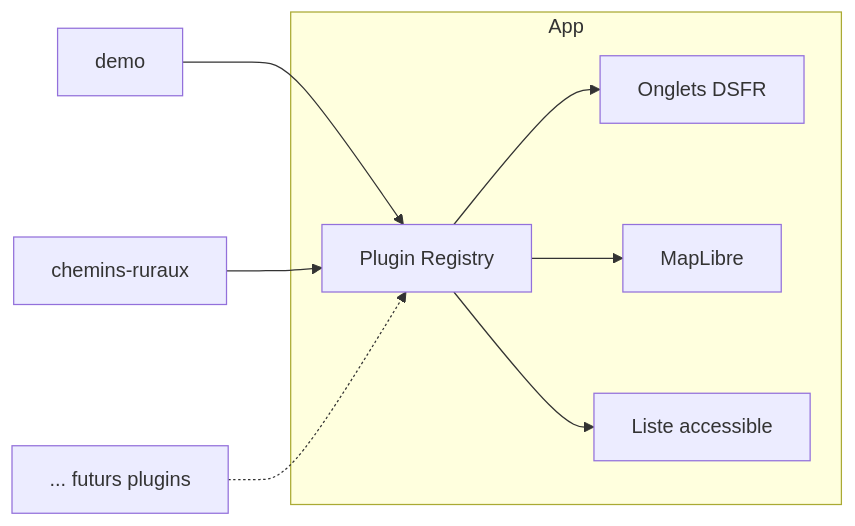
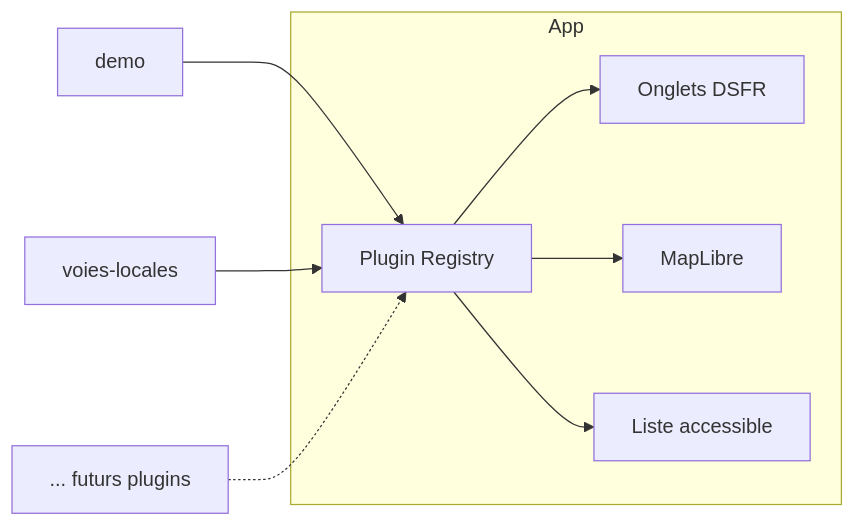
One commit to BaseAdresseNationale/mes-donnees-geo changed the diagram in README.md. Above: the diagram before and after it, drawn with Mermaid. The commit also changed other lines of this file and 68 other files, not shown here.

````diff
--- a/README.md
+++ b/README.md
@@ -28,15 +28,15 @@
 ```mermaid
 flowchart LR
     subgraph App
         Reg[Plugin Registry]
         Tabs[Onglets DSFR]
         Map[MapLibre]
         List[Liste accessible]
     end
     Reg --> Tabs
     Reg --> Map
     Reg --> List
     P1[demo] --> Reg
-    P2[chemins-ruraux] --> Reg
+    P2[voies-locales] --> Reg
     P3[... futurs plugins] -.-> Reg
 ```
````
